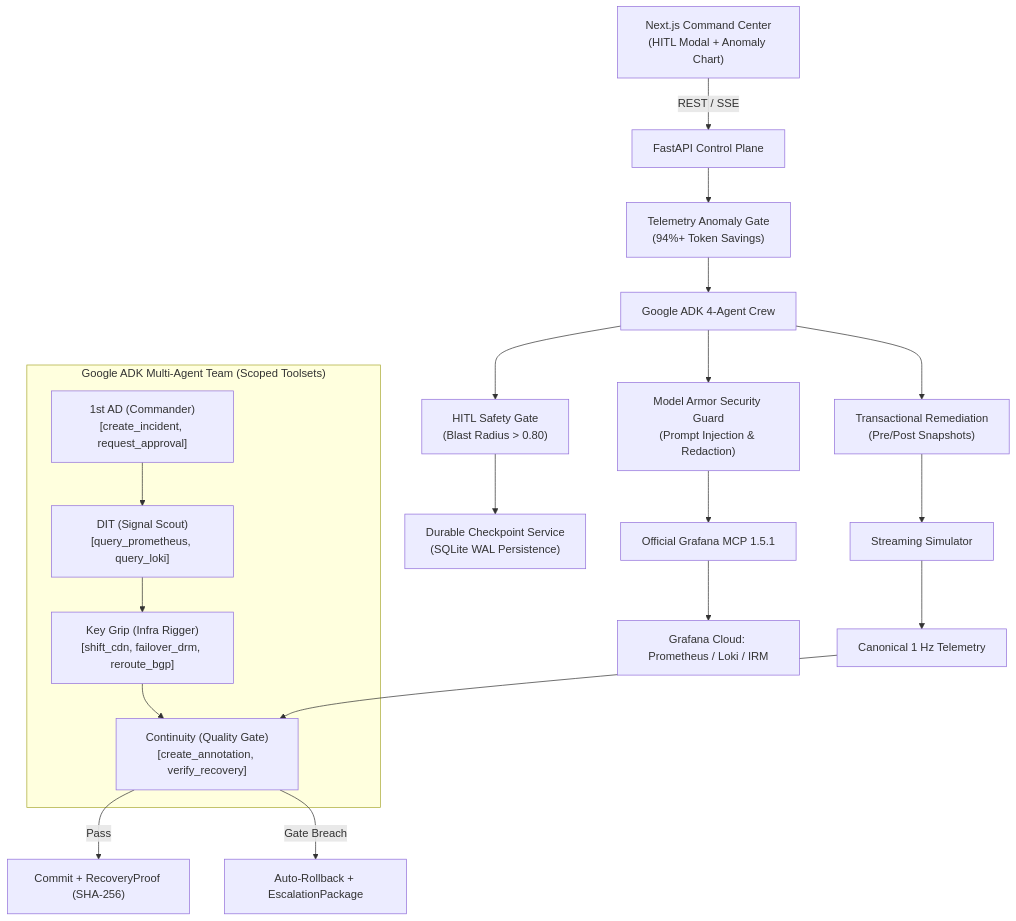
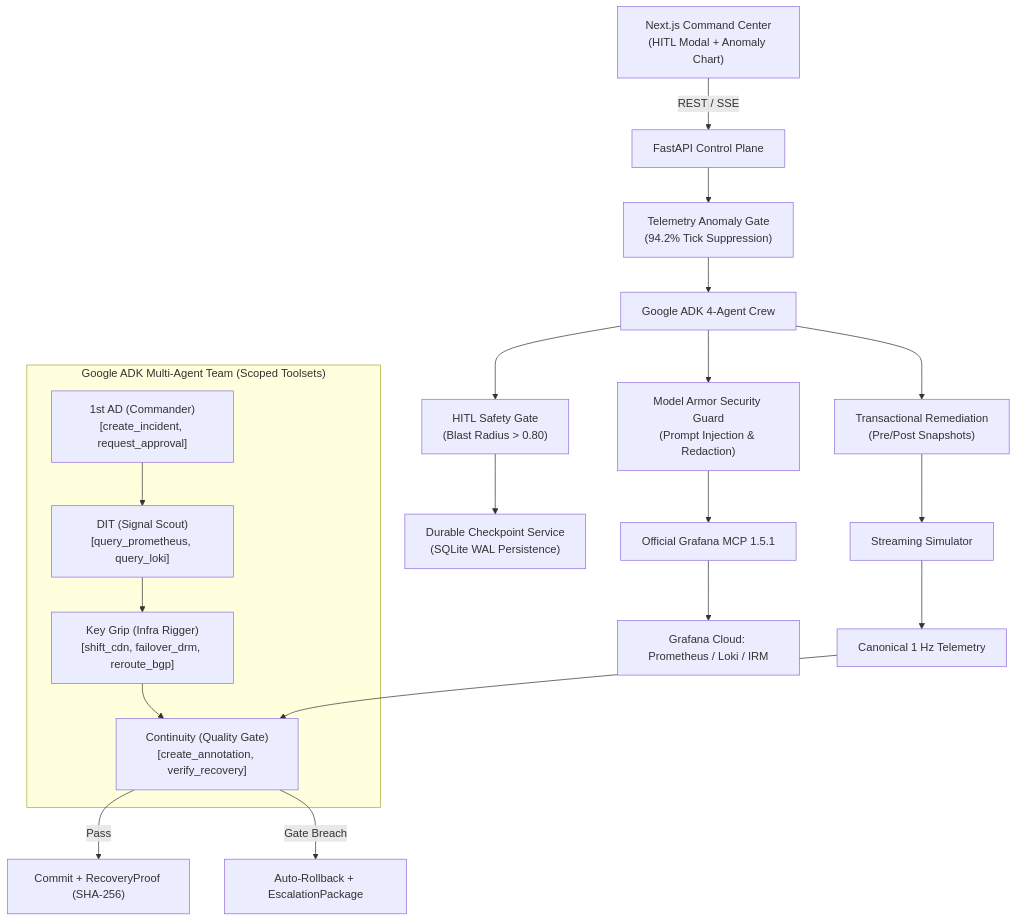
Before and after one commit to bobybarack/continuity-sre: the diagram in README.md, drawn with Mermaid. The commit also changed other lines of this file, not shown here.

Commit message:
docs(readme): reconcile architecture claims, suppression rate, and api table

````diff
--- a/README.md
+++ b/README.md
@@ -38,27 +38,27 @@
 ```mermaid
 flowchart TD
     UI["Next.js Command Center\n(HITL Modal + Anomaly Chart)"] -->|"REST / SSE"| API["FastAPI Control Plane"]
-    API --> GATE["Telemetry Anomaly Gate\n(94%+ Token Savings)"]
+    API --> GATE["Telemetry Anomaly Gate\n(94.2% Tick Suppression)"]
     GATE --> CREW["Google ADK 4-Agent Crew"]
     
     subgraph ADK_CREW ["Google ADK Multi-Agent Team (Scoped Toolsets)"]
         AD["1st AD (Commander)\n[create_incident, request_approval]"] --> DIT["DIT (Signal Scout)\n[query_prometheus, query_loki]"]
         DIT --> GRIP["Key Grip (Infra Rigger)\n[shift_cdn, failover_drm, reroute_bgp]"]
         GRIP --> CONT["Continuity (Quality Gate)\n[create_annotation, verify_recovery]"]
     end
     
     CREW --> SHIELD["Model Armor Security Guard\n(Prompt Injection & Redaction)"]
     SHIELD --> MCP["Official Grafana MCP 1.5.1"]
     MCP --> GRAFANA["Grafana Cloud: Prometheus / Loki / IRM"]
     
     CREW --> HITL["HITL Safety Gate\n(Blast Radius > 0.80)"]
     HITL --> CP["Durable Checkpoint Service\n(SQLite WAL Persistence)"]
     
     CREW --> TX["Transactional Remediation\n(Pre/Post Snapshots)"]
     TX --> SIM["Streaming Simulator"]
     SIM --> TEL["Canonical 1 Hz Telemetry"]
     TEL --> CONT
     
     CONT -->|"Pass"| PROOF["Commit + RecoveryProof (SHA-256)"]
     CONT -->|"Gate Breach"| ROLLBACK["Auto-Rollback + EscalationPackage"]
 ```
````
